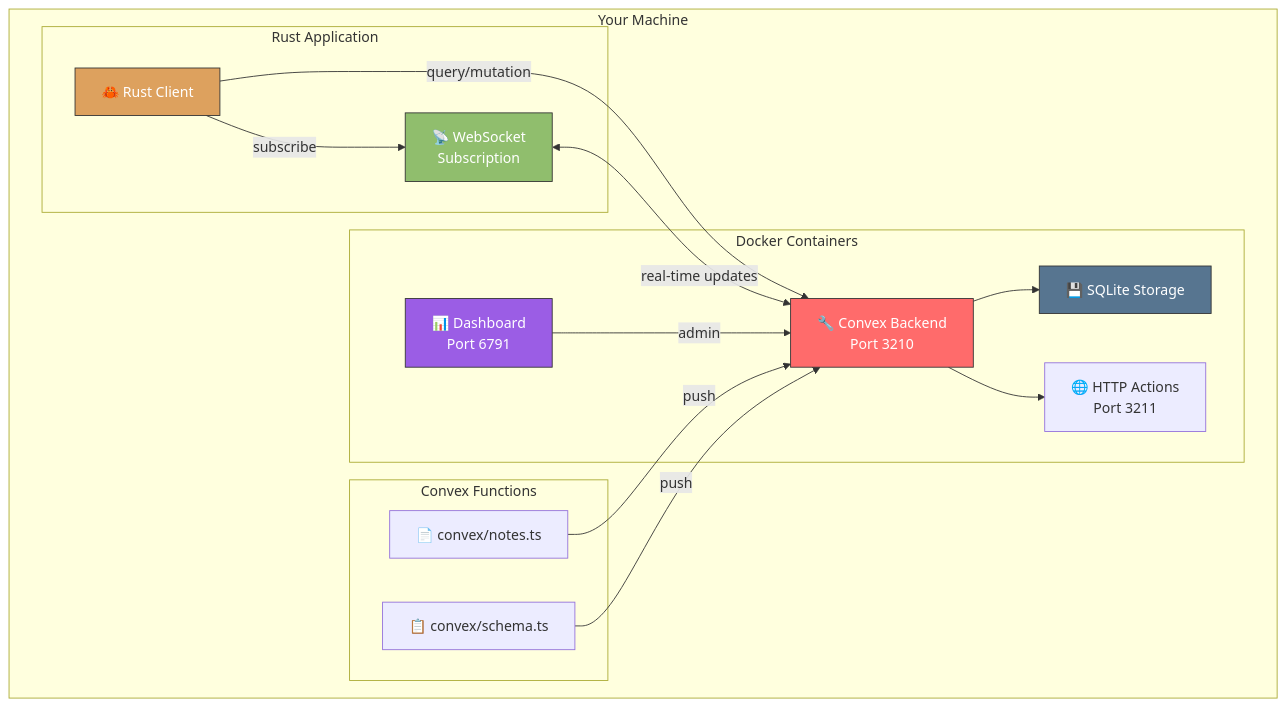
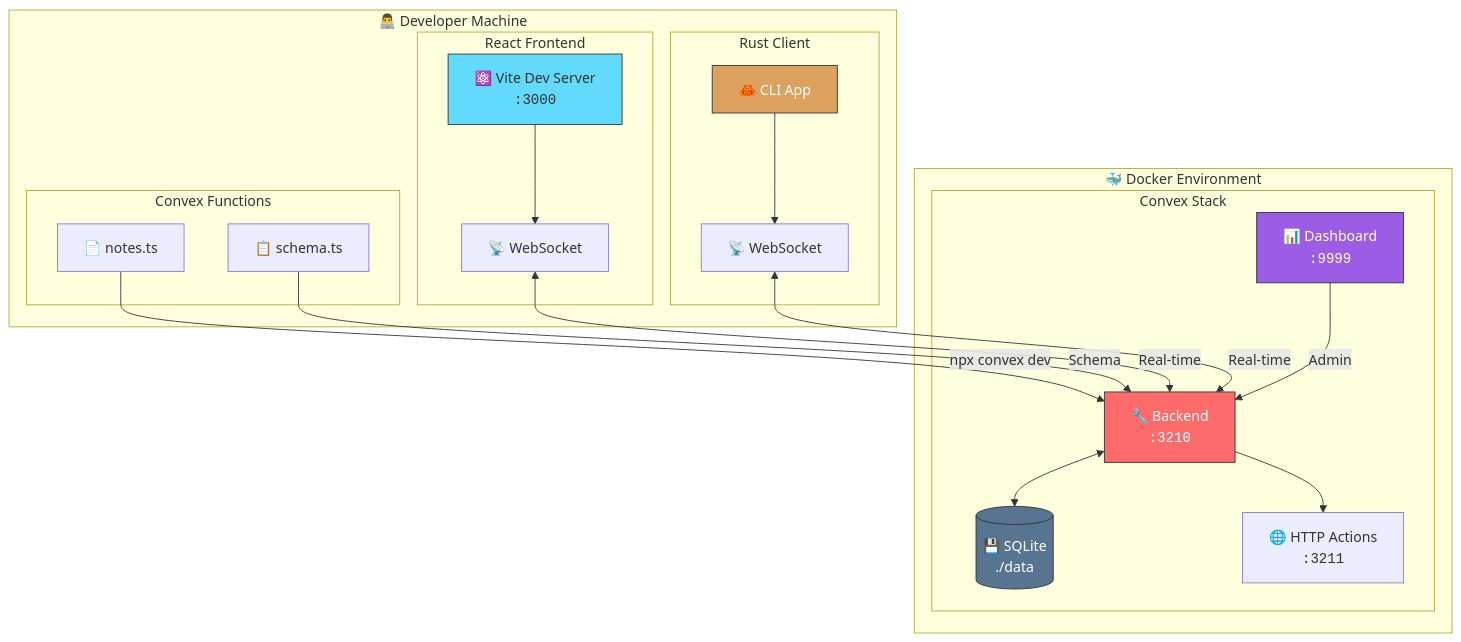
The first of 5 diagrams in README.md (sabry-awad97/convex-notes), drawn with Mermaid before and after one commit. The commit also changed other lines of this file and 5 other files, not shown here.

````diff
--- a/README.md
+++ b/README.md
@@ -7,36 +82,44 @@
 ```mermaid
 graph TB
-    subgraph "Your Machine"
-        subgraph "Docker Containers"
-            BE["🔧 Convex Backend<br/>Port 3210"]
-            HA["🌐 HTTP Actions<br/>Port 3211"]
-            DB["💾 SQLite Storage"]
-            DASH["📊 Dashboard<br/>Port 6791"]
+    subgraph "🐳 Docker Environment"
+        subgraph "Convex Stack"
+            BE["🔧 Backend<br/><code>:3210</code>"]
+            HA["🌐 HTTP Actions<br/><code>:3211</code>"]
+            DB[("💾 SQLite<br/>./data")]
+            DASH["📊 Dashboard<br/><code>:9999</code>"]
+        end
+    end
+
+    subgraph "👨‍💻 Developer Machine"
+        subgraph "Rust Client"
+            RC["🦀 CLI App"]
+            WS1["📡 WebSocket"]
         end
 
-        subgraph "Rust Application"
-            RC["🦀 Rust Client"]
-            WS["📡 WebSocket<br/>Subscription"]
+        subgraph "React Frontend"
+            FE["⚛️ Vite Dev Server<br/><code>:3000</code>"]
+            WS2["📡 WebSocket"]
         end
 
         subgraph "Convex Functions"
-            CF["📄 convex/notes.ts"]
-            CS["📋 convex/schema.ts"]
+            FN["📄 notes.ts"]
+            SC["📋 schema.ts"]
         end
     end
 
-    RC -->|"query/mutation"| BE
-    RC -->|"subscribe"| WS
-    WS <-->|"real-time updates"| BE
-    BE --> DB
+    RC --> WS1
+    WS1 <-->|"Real-time"| BE
+    FE --> WS2
+    WS2 <-->|"Real-time"| BE
+    BE <--> DB
     BE --> HA
-    DASH -->|"admin"| BE
-    CF -->|"push"| BE
-    CS -->|"push"| BE
+    DASH -->|"Admin"| BE
+    FN -->|"npx convex dev"| BE
+    SC -->|"Schema"| BE
 
     style BE fill:#ff6b6b,stroke:#333,color:#fff
     style RC fill:#dda15e,stroke:#333,color:#fff
-    style WS fill:#90be6d,stroke:#333,color:#fff
+    style FE fill:#61dafb,stroke:#333,color:#333
     style DB fill:#577590,stroke:#333,color:#fff
     style DASH fill:#9b5de5,stroke:#333,color:#fff
 ```
````
